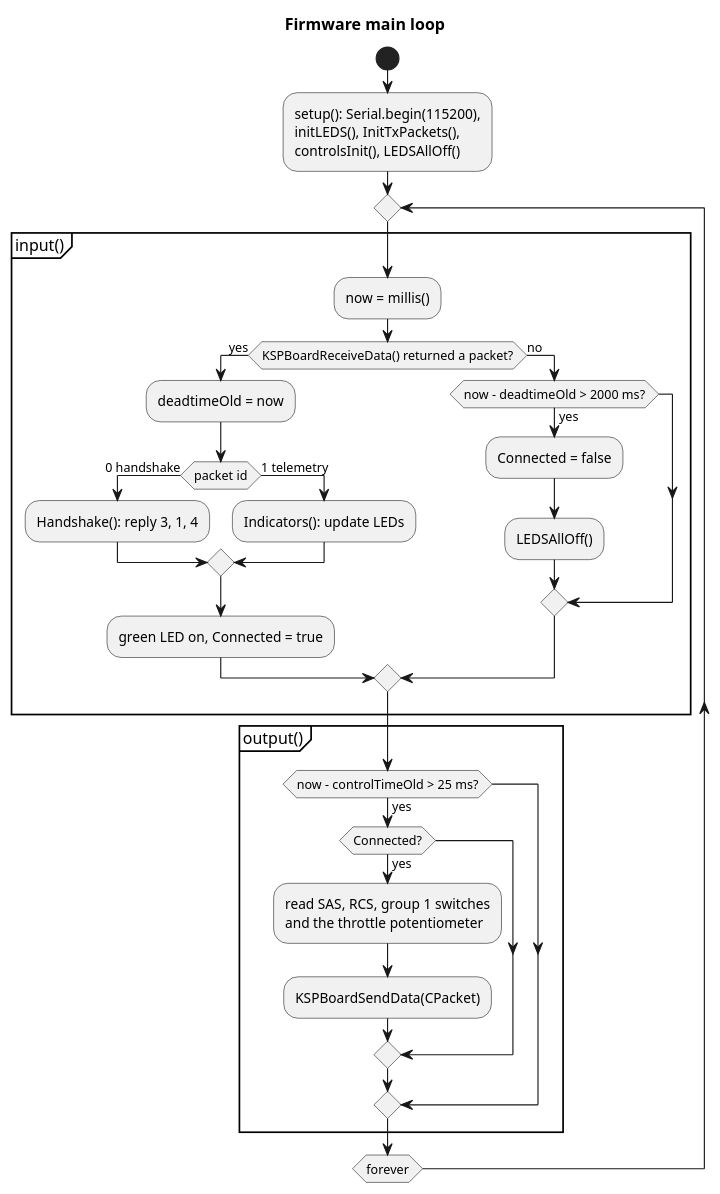
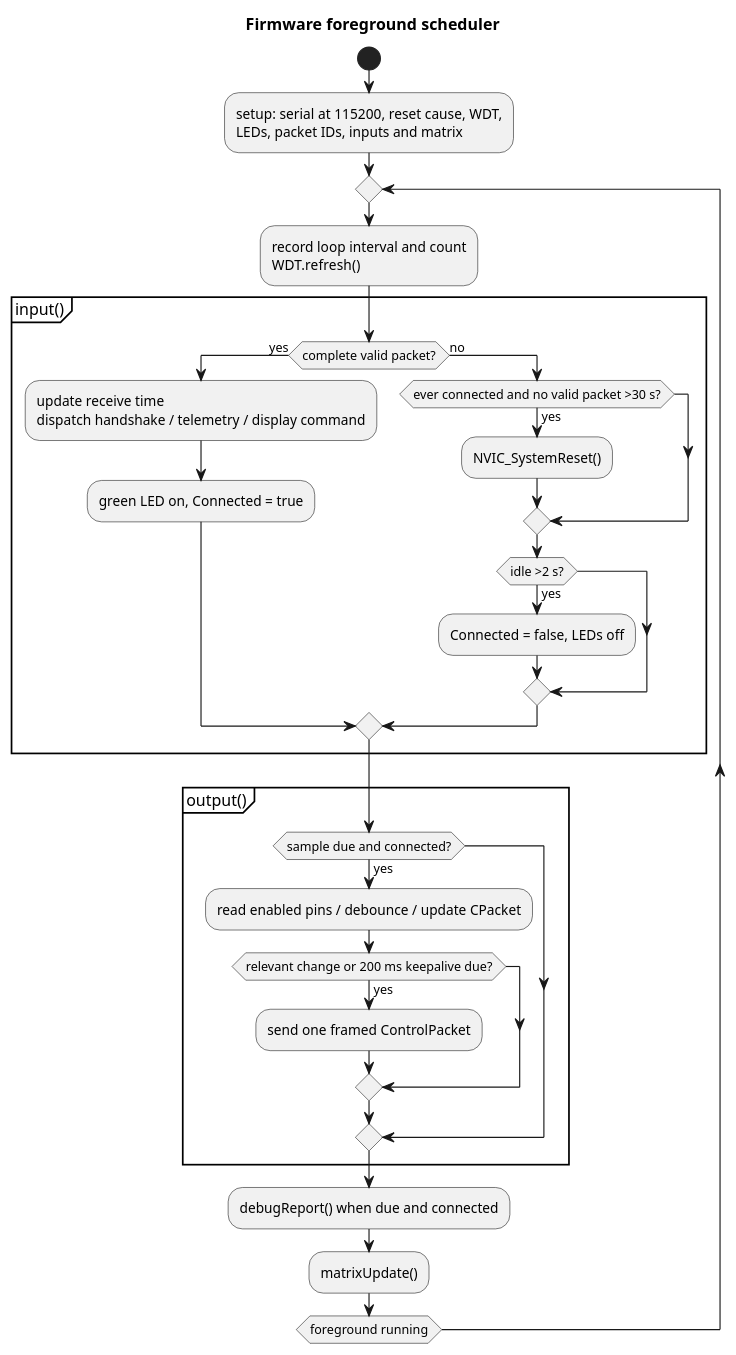
Before and after one commit to AlaNLrdE/KSPKontroller: the diagram in docs/diagrams/activity_firmware_loop.puml, drawn with PlantUML. The commit also changed 43 other files, not shown here.

```diff
--- a/docs/diagrams/activity_firmware_loop.puml
+++ b/docs/diagrams/activity_firmware_loop.puml
@@ -1,33 +1,31 @@
 @startuml activity_firmware_loop
-title Firmware main loop
-
+title Firmware foreground scheduler
 start
-:setup(): Serial.begin(115200),\ninitLEDS(), InitTxPackets(),\ncontrolsInit(), LEDSAllOff();
+:setup: serial at 115200, reset cause, WDT,\nLEDs, packet IDs, inputs and matrix;
 repeat
+  :record loop interval and count\nWDT.refresh();
   partition "input()" {
-    :now = millis();
-    if (KSPBoardReceiveData() returned a packet?) then (yes)
-      :deadtimeOld = now;
-      if (packet id) then (0 handshake)
-        :Handshake(): reply 3, 1, 4;
-      else (1 telemetry)
-        :Indicators(): update LEDs;
-      endif
+    if (complete valid packet?) then (yes)
+      :update receive time\ndispatch handshake / telemetry / display command;
       :green LED on, Connected = true;
     else (no)
-      if (now - deadtimeOld > 2000 ms?) then (yes)
-        :Connected = false;
-        :LEDSAllOff();
+      if (ever connected and no valid packet >30 s?) then (yes)
+        :NVIC_SystemReset();
+      endif
+      if (idle >2 s?) then (yes)
+        :Connected = false, LEDs off;
       endif
     endif
   }
   partition "output()" {
-    if (now - controlTimeOld > 25 ms?) then (yes)
-      if (Connected?) then (yes)
-        :read SAS, RCS, group 1 switches\nand the throttle potentiometer;
-        :KSPBoardSendData(CPacket);
+    if (sample due and connected?) then (yes)
+      :read enabled pins / debounce / update CPacket;
+      if (relevant change or 200 ms keepalive due?) then (yes)
+        :send one framed ControlPacket;
       endif
     endif
   }
-repeat while (forever)
+  :debugReport() when due and connected;
+  :matrixUpdate();
+repeat while (foreground running)
 @enduml
```
